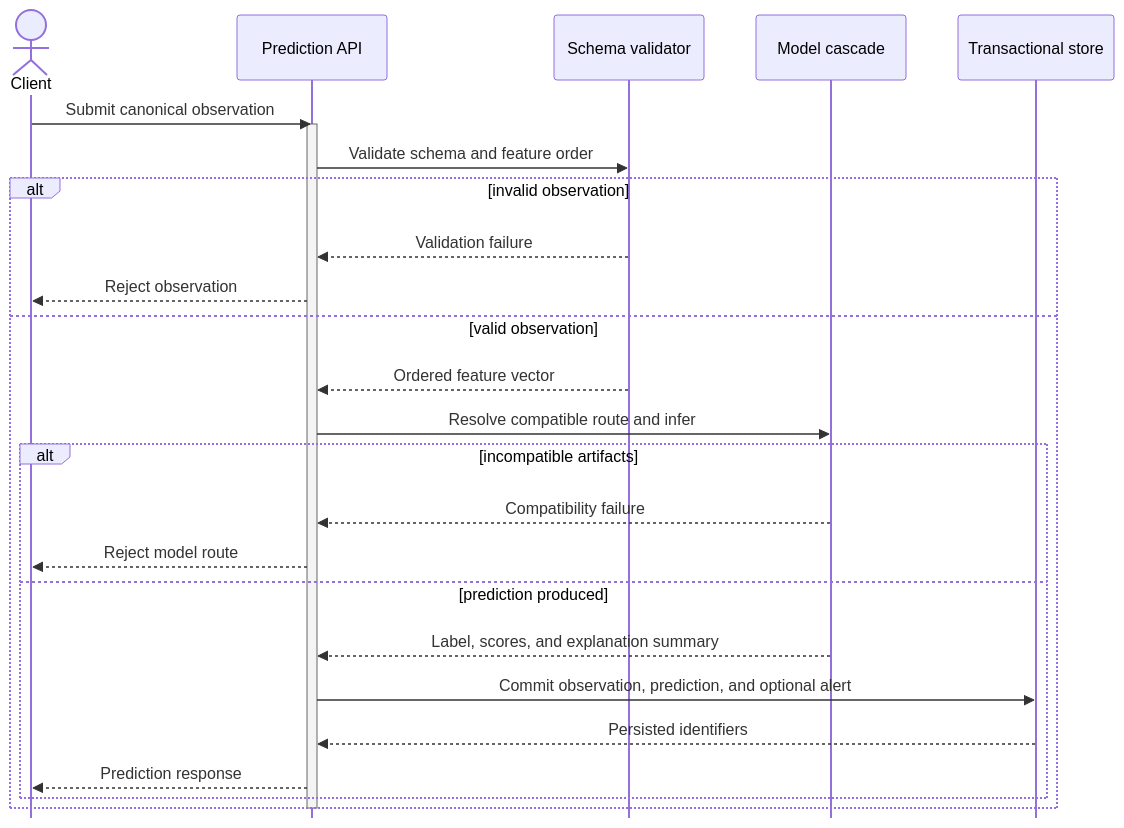
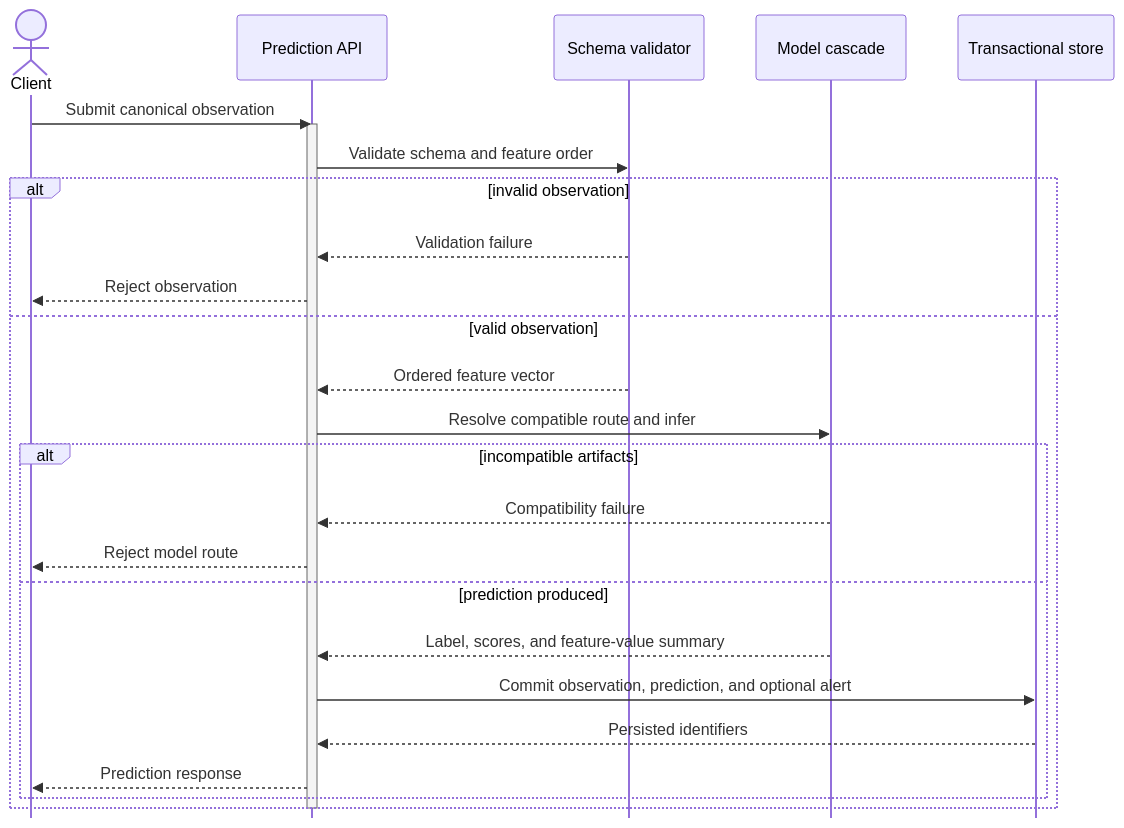
Before and after one commit to ZakariaElKhaldi/4iir-sr: the diagram in diagrams/07-synchronous-prediction-sequence.mmd, drawn with Mermaid. The commit also changed 46 other files, not shown here.

First line of the commit message:
Update main document structure and add project timeline

```diff
--- a/diagrams/07-synchronous-prediction-sequence.mmd
+++ b/diagrams/07-synchronous-prediction-sequence.mmd
@@ -1,34 +1,34 @@
 ---
 config:
   sequence:
     mirrorActors: false
     actorMargin: 52
     messageMargin: 32
 ---
 sequenceDiagram
     actor Client
     participant API as Prediction API
     participant Validator as Schema validator
     participant Cascade as Model cascade
     participant Store as Transactional store
 
     Client->>API: Submit canonical observation
     activate API
     API->>Validator: Validate schema and feature order
     alt invalid observation
         Validator-->>API: Validation failure
         API-->>Client: Reject observation
     else valid observation
         Validator-->>API: Ordered feature vector
         API->>Cascade: Resolve compatible route and infer
         alt incompatible artifacts
             Cascade-->>API: Compatibility failure
             API-->>Client: Reject model route
         else prediction produced
-            Cascade-->>API: Label, scores, and explanation summary
+            Cascade-->>API: Label, scores, and feature-value summary
             API->>Store: Commit observation, prediction, and optional alert
             Store-->>API: Persisted identifiers
             API-->>Client: Prediction response
         end
     end
     deactivate API
```
